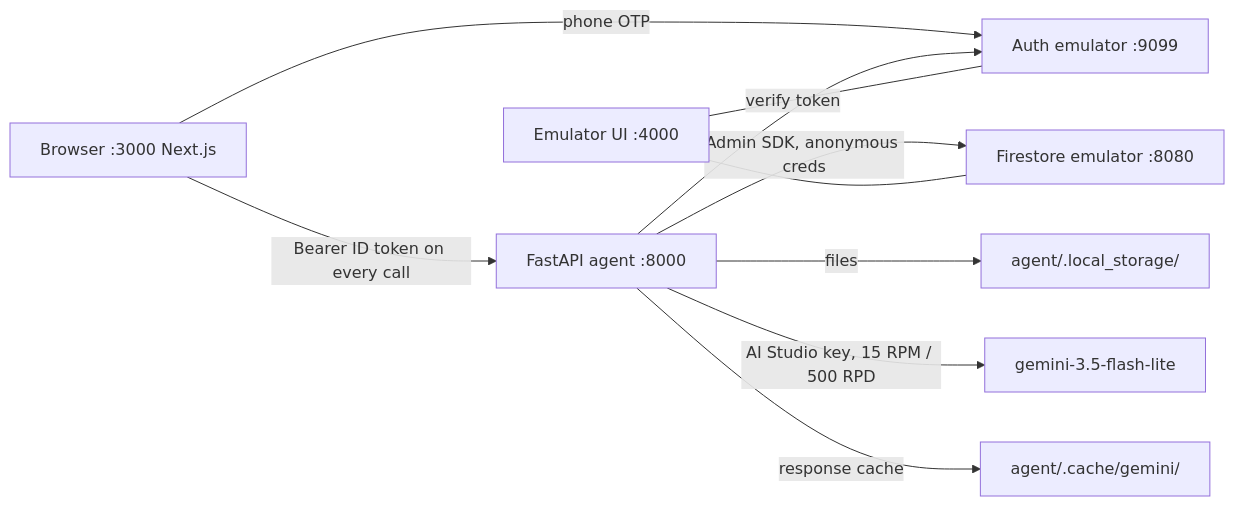
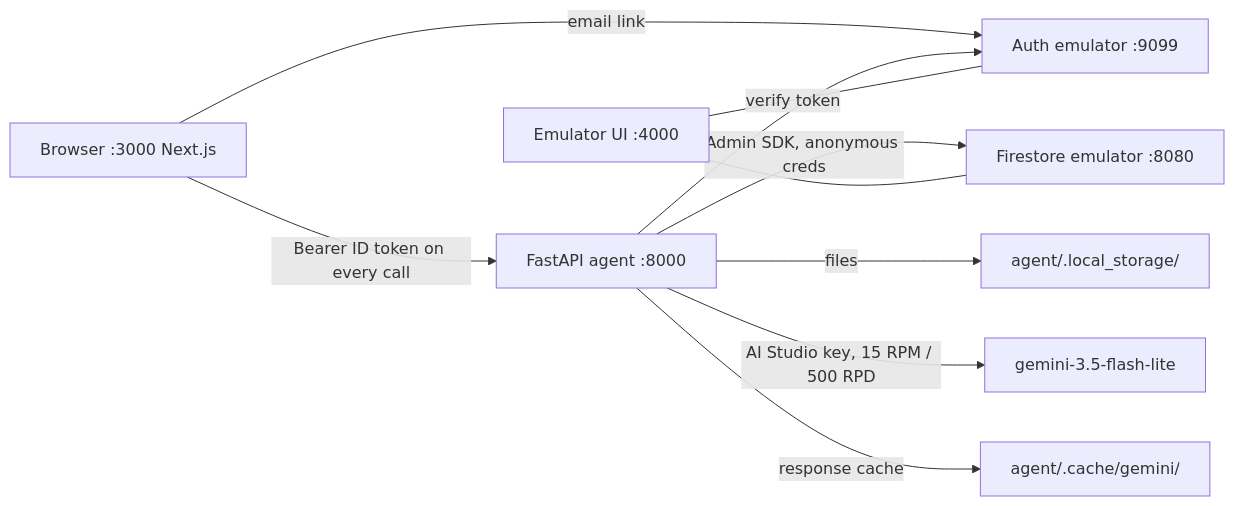
One commit to sidxh/carbon-accounting changed the first of 3 diagrams in TESTING.md. Above: the diagram before and after it, drawn with Mermaid. The commit also changed other lines of this file and 31 other files, not shown here.

Commit message:
email link sign-in, one language and country, delete reporting year, clearer solar address

````diff
--- a/TESTING.md
+++ b/TESTING.md
@@ -8,12 +8,12 @@
 ```mermaid
 flowchart LR
     Browser["Browser :3000 Next.js"] -->|"Bearer ID token on every call"| Agent["FastAPI agent :8000"]
-    Browser -->|"phone OTP"| AuthEmu["Auth emulator :9099"]
+    Browser -->|"email link"| AuthEmu["Auth emulator :9099"]
     Agent -->|"verify token"| AuthEmu
     Agent -->|"Admin SDK, anonymous creds"| FsEmu["Firestore emulator :8080"]
     Agent -->|"files"| Disk["agent/.local_storage/"]
     Agent -->|"AI Studio key, 15 RPM / 500 RPD"| Gemini["gemini-3.5-flash-lite"]
     Agent -->|"response cache"| Cache["agent/.cache/gemini/"]
     EmuUI["Emulator UI :4000"] --- FsEmu
     EmuUI --- AuthEmu
 ```
````
